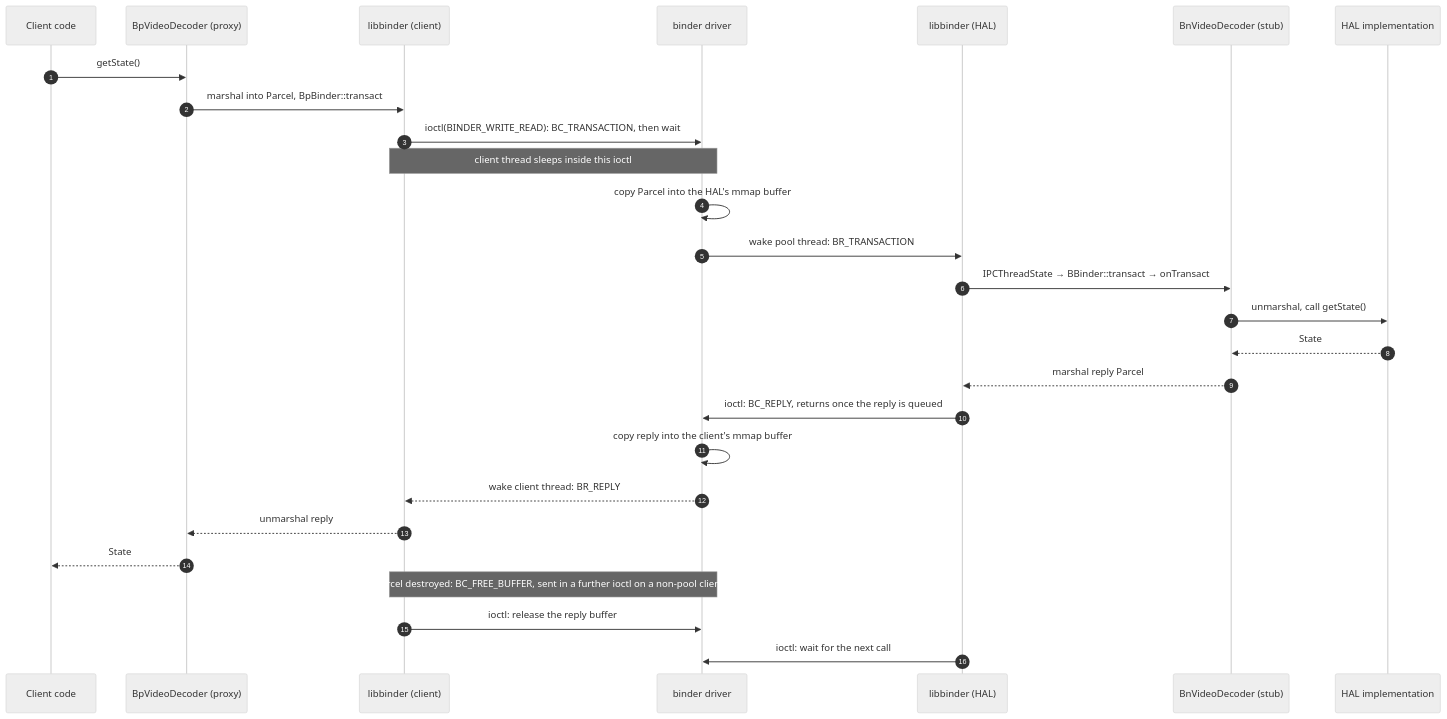
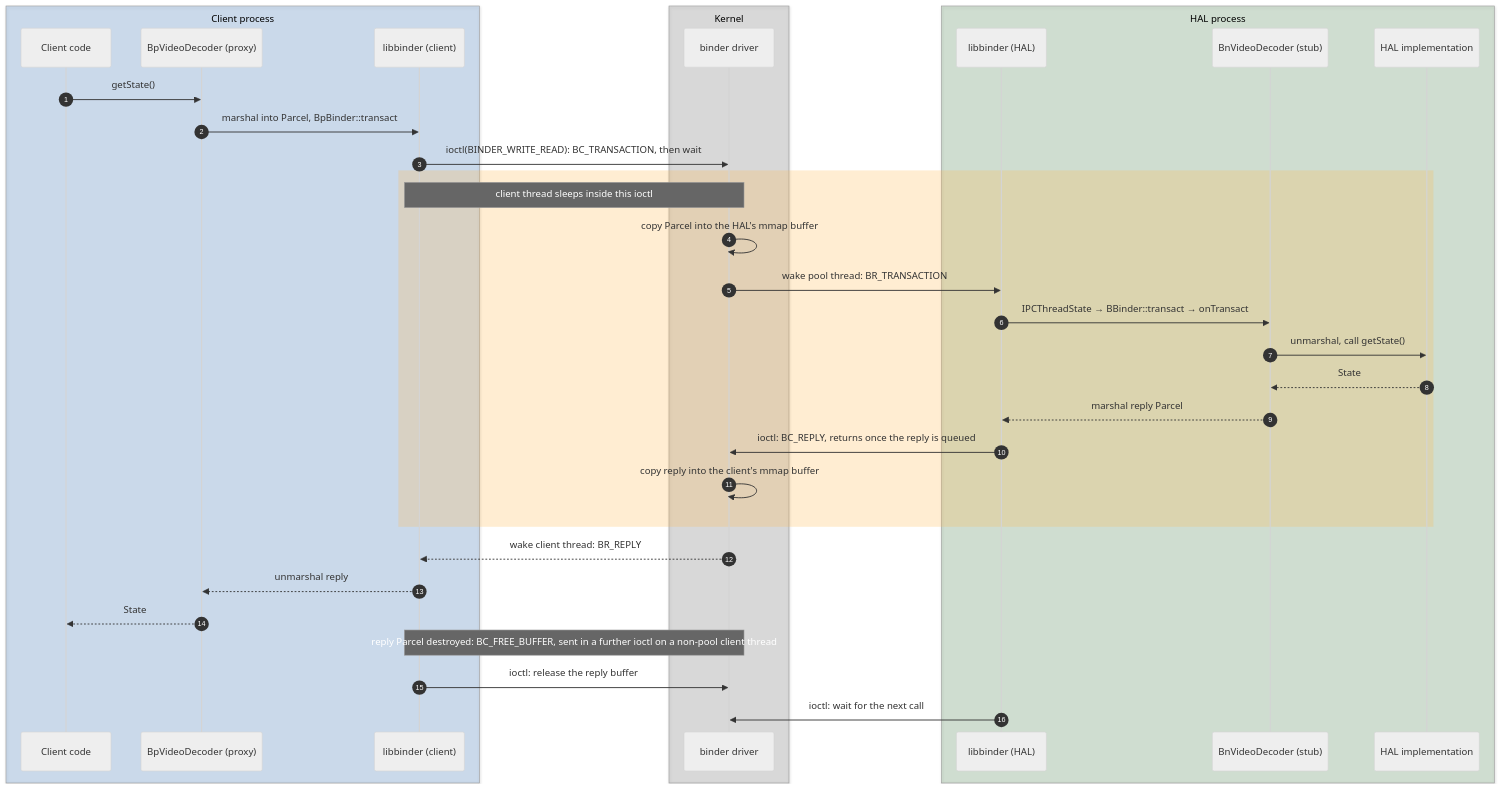
The first of 6 diagrams in docs/introduction/binder_call_path.md (rdkcentral/rdk-halif-aidl), drawn with Mermaid (neutral theme) before and after one commit. The commit also changed other lines of this file, not shown here.

First line of the commit message:
Update #956: Colour the binder call path diagrams

````diff
--- a/docs/introduction/binder_call_path.md
+++ b/docs/introduction/binder_call_path.md
@@ -9,29 +9,37 @@
 ```mermaid
 sequenceDiagram
     autonumber
+    box rgba(21,101,192,0.18) Client process
     participant App as Client code
     participant Px as BpVideoDecoder (proxy)
     participant LA as libbinder (client)
+    end
+    box rgba(97,97,97,0.18) Kernel
     participant K as binder driver
+    end
+    box rgba(46,125,50,0.18) HAL process
     participant LB as libbinder (HAL)
     participant St as BnVideoDecoder (stub)
     participant Impl as HAL implementation
+    end
     App->>Px: getState()
     Px->>LA: marshal into Parcel, BpBinder::transact
     LA->>K: ioctl(BINDER_WRITE_READ): BC_TRANSACTION, then wait
-    Note over LA,K: client thread sleeps inside this ioctl
-    K->>K: copy Parcel into the HAL's mmap buffer
-    K->>LB: wake pool thread: BR_TRANSACTION
-    LB->>St: IPCThreadState → BBinder::transact → onTransact
-    St->>Impl: unmarshal, call getState()
-    Impl-->>St: State
-    St-->>LB: marshal reply Parcel
-    LB->>K: ioctl: BC_REPLY, returns once the reply is queued
-    K->>K: copy reply into the client's mmap buffer
+    rect rgba(255,183,77,0.25)
+        Note over LA,K: client thread sleeps inside this ioctl
+        K->>K: copy Parcel into the HAL's mmap buffer
+        K->>LB: wake pool thread: BR_TRANSACTION
+        LB->>St: IPCThreadState → BBinder::transact → onTransact
+        St->>Impl: unmarshal, call getState()
+        Impl-->>St: State
+        St-->>LB: marshal reply Parcel
+        LB->>K: ioctl: BC_REPLY, returns once the reply is queued
+        K->>K: copy reply into the client's mmap buffer
+    end
     K-->>LA: wake client thread: BR_REPLY
     LA-->>Px: unmarshal reply
     Px-->>App: State
     Note over LA,K: reply Parcel destroyed: BC_FREE_BUFFER, sent in a further ioctl on a non-pool client thread
     LA->>K: ioctl: release the reply buffer
     LB->>K: ioctl: wait for the next call
 ```
````
